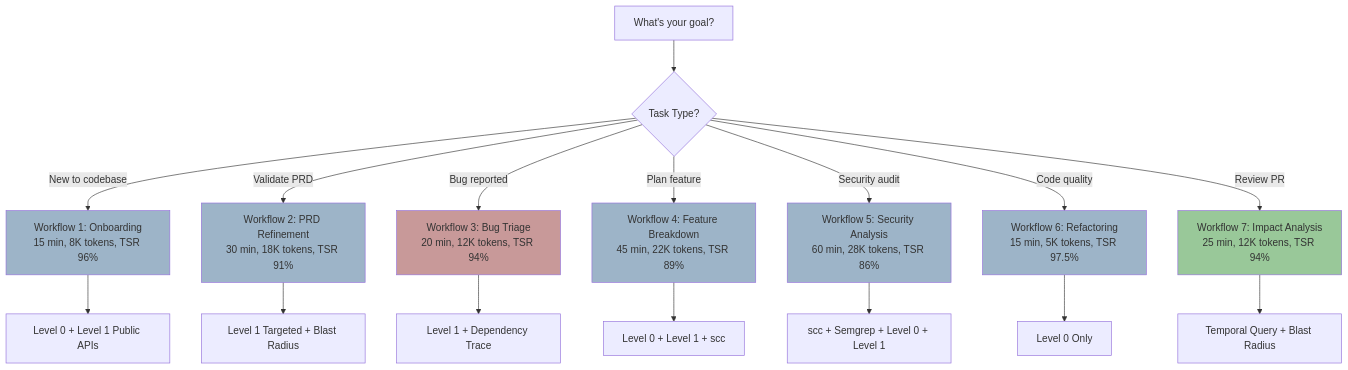
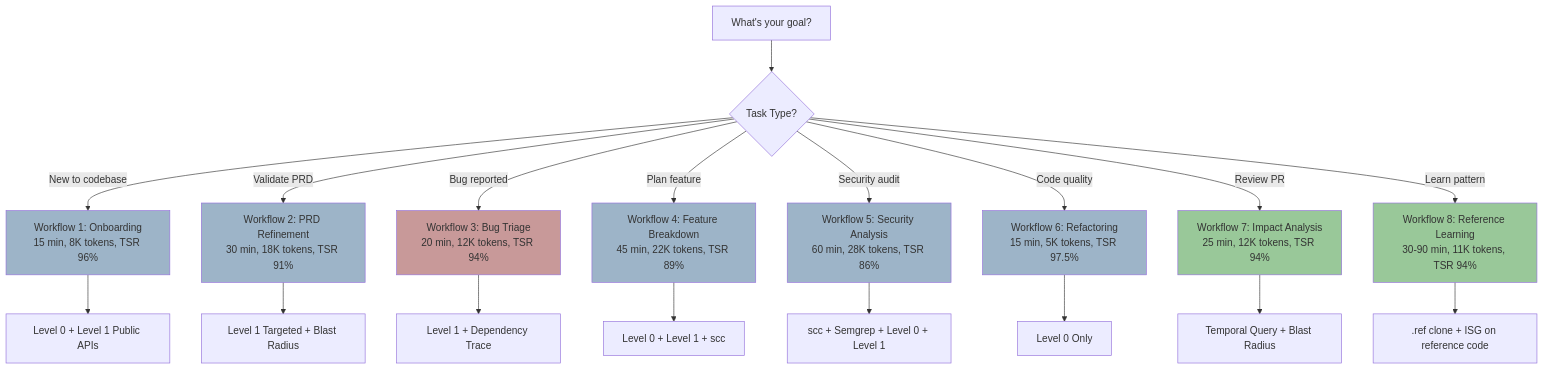
Before and after one commit to that-in-rust/parseltongue: the first of 9 diagrams in .claude/parseltongue-ultrathink.md, drawn with Mermaid. The commit also changed other lines of this file, not shown here.

First line of the commit message:
feat(ultrathink): Add Workflow 8 - Reference Codebase Learning (.ref pattern)

````diff
--- a/.claude/parseltongue-ultrathink.md
+++ b/.claude/parseltongue-ultrathink.md
@@ -90,28 +97,31 @@
   ```mermaid
   graph TB
       START[What's your goal?] --> Q1{Task Type?}
 
       Q1 -->|New to codebase| WF1[Workflow 1: Onboarding<br/>15 min, 8K tokens, TSR 96%]
       Q1 -->|Validate PRD| WF2[Workflow 2: PRD Refinement<br/>30 min, 18K tokens, TSR 91%]
       Q1 -->|Bug reported| WF3[Workflow 3: Bug Triage<br/>20 min, 12K tokens, TSR 94%]
       Q1 -->|Plan feature| WF4[Workflow 4: Feature Breakdown<br/>45 min, 22K tokens, TSR 89%]
       Q1 -->|Security audit| WF5[Workflow 5: Security Analysis<br/>60 min, 28K tokens, TSR 86%]
       Q1 -->|Code quality| WF6[Workflow 6: Refactoring<br/>15 min, 5K tokens, TSR 97.5%]
       Q1 -->|Review PR| WF7[Workflow 7: Impact Analysis<br/>25 min, 12K tokens, TSR 94%]
+      Q1 -->|Learn pattern| WF8[Workflow 8: Reference Learning<br/>30-90 min, 11K tokens, TSR 94%]
 
       WF1 --> TOOL1[Level 0 + Level 1 Public APIs]
       WF2 --> TOOL2[Level 1 Targeted + Blast Radius]
       WF3 --> TOOL3[Level 1 + Dependency Trace]
       WF4 --> TOOL4[Level 0 + Level 1 + scc]
       WF5 --> TOOL5[scc + Semgrep + Level 0 + Level 1]
       WF6 --> TOOL6[Level 0 Only]
       WF7 --> TOOL7[Temporal Query + Blast Radius]
+      WF8 --> TOOL8[.ref clone + ISG on reference code]
 
       style WF1 fill:#9DB4C8
       style WF2 fill:#9DB4C8
       style WF3 fill:#C89999
       style WF4 fill:#9DB4C8
       style WF5 fill:#9DB4C8
       style WF6 fill:#9DB4C8
       style WF7 fill:#99C899
+      style WF8 fill:#99C899
   ```
````
